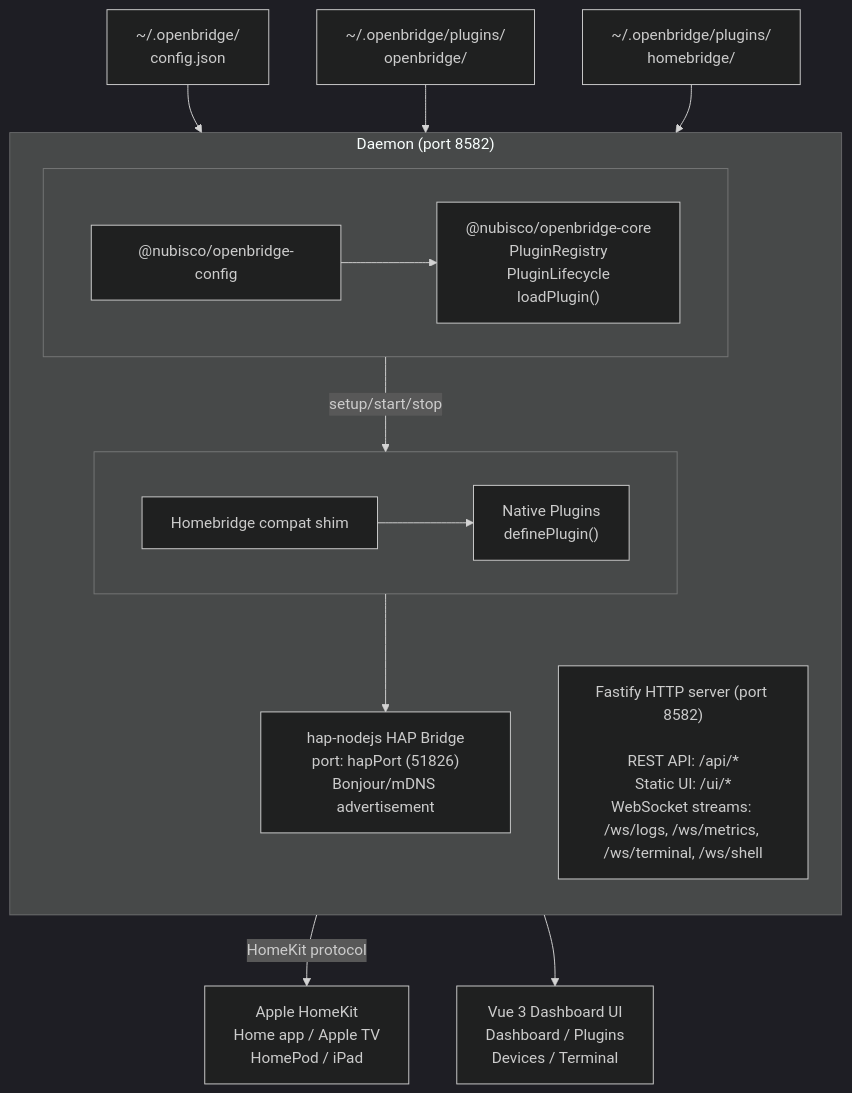
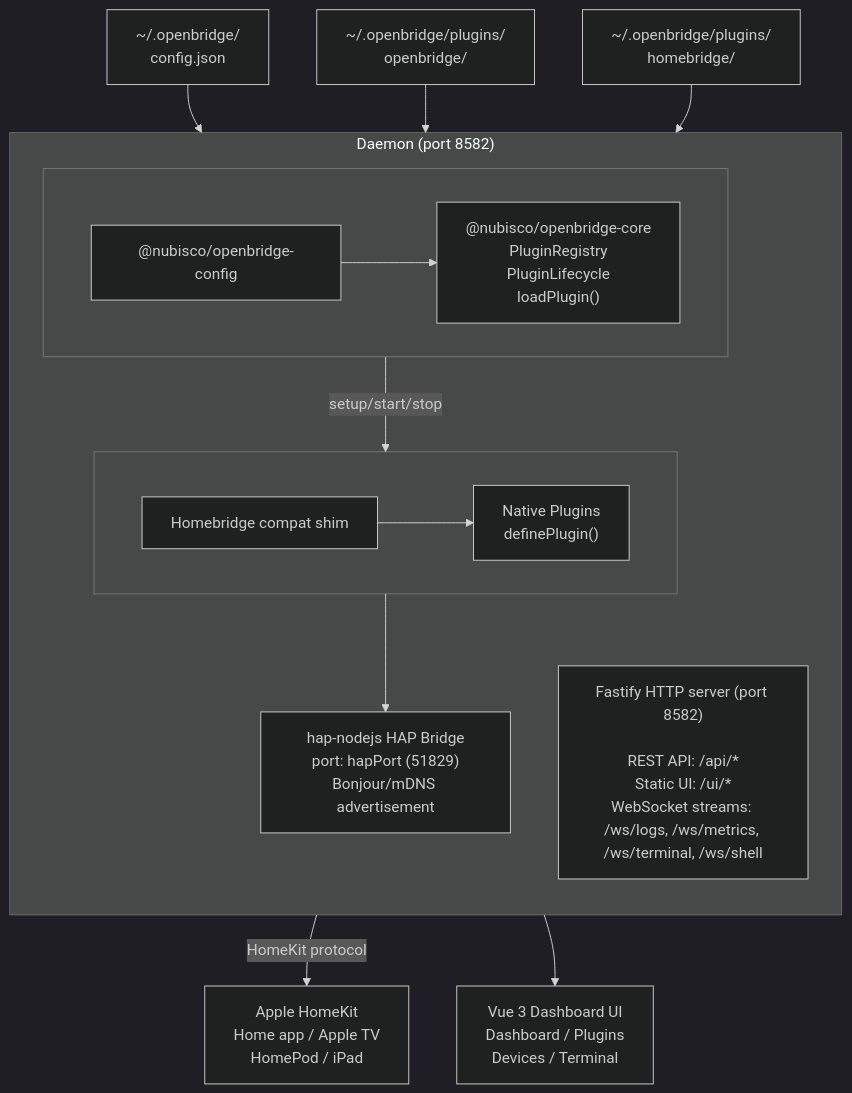
The diagram in apps/docs/docs/guide/architecture.md (nubisco/openbridge), drawn with Mermaid (dark theme) before and after one commit. The commit also changed 8 other files, not shown here.

First line of the commit message:
fix: change default HAP port to 51829 to avoid Homebridge conflict

````diff
--- a/apps/docs/docs/guide/architecture.md
+++ b/apps/docs/docs/guide/architecture.md
@@ -9,38 +9,38 @@
 ```mermaid
 flowchart TB
   configFile["~/.openbridge/<br/>config.json"]
   pluginsOpenbridge["~/.openbridge/plugins/<br/>openbridge/"]
   pluginsHomebridge["~/.openbridge/plugins/<br/>homebridge/"]
 
   subgraph daemon["Daemon (port 8582)"]
     direction TB
 
     subgraph daemonCoreRow[" "]
       direction LR
       cfg["@nubisco/openbridge-config"]
       core["@nubisco/openbridge-core<br/>PluginRegistry<br/>PluginLifecycle<br/>loadPlugin()"]
     end
 
     subgraph daemonPluginRow[" "]
       direction LR
       shim["Homebridge compat shim"]
       native["Native Plugins<br/>definePlugin()"]
     end
 
-    hap["hap-nodejs HAP Bridge<br/>port: hapPort (51826)<br/>Bonjour/mDNS advertisement"]
+    hap["hap-nodejs HAP Bridge<br/>port: hapPort (51829)<br/>Bonjour/mDNS advertisement"]
     http["Fastify HTTP server (port 8582)<br/><br/>REST API: /api/*<br/>Static UI: /ui/*<br/>WebSocket streams: /ws/logs, /ws/metrics, /ws/terminal, /ws/shell"]
   end
 
   homekit["Apple HomeKit<br/>Home app / Apple TV<br/>HomePod / iPad"]
   ui["Vue 3 Dashboard UI<br/>Dashboard / Plugins<br/>Devices / Terminal"]
 
   configFile --> cfg
   cfg --> core
   pluginsOpenbridge --> core
   pluginsHomebridge --> shim
   shim --> native
   core -->|setup/start/stop| native
   native --> hap
   hap -->|HomeKit protocol| homekit
   http --> ui
 ```
````
